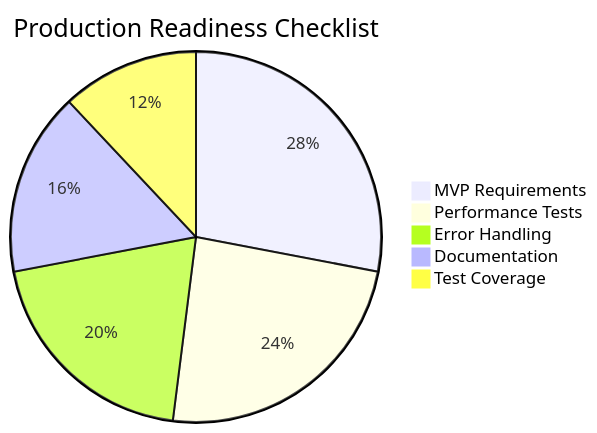
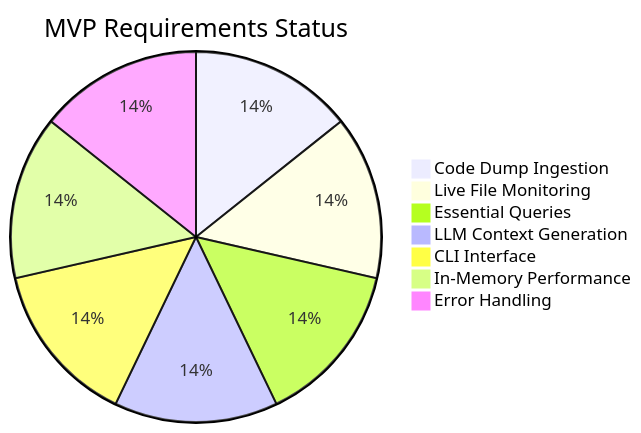
The ninth of 10 diagrams in README.md (that-in-rust/parseltongue), drawn with Mermaid before and after one commit. The commit also changed other lines of this file and 32 other files, not shown here.

````diff
--- a/README.md
+++ b/README.md
@@ -358,8 +357,10 @@
 ```mermaid
-pie title Production Readiness Checklist
-    "MVP Requirements" : 7
-    "Performance Tests" : 6
-    "Error Handling" : 5
-    "Documentation" : 4
-    "Test Coverage" : 3
+pie title MVP Requirements Status
+    "Code Dump Ingestion" : 1
+    "Live File Monitoring" : 1
+    "Essential Queries" : 1
+    "LLM Context Generation" : 1
+    "CLI Interface" : 1
+    "In-Memory Performance" : 1
+    "Error Handling" : 1
 ```
````
